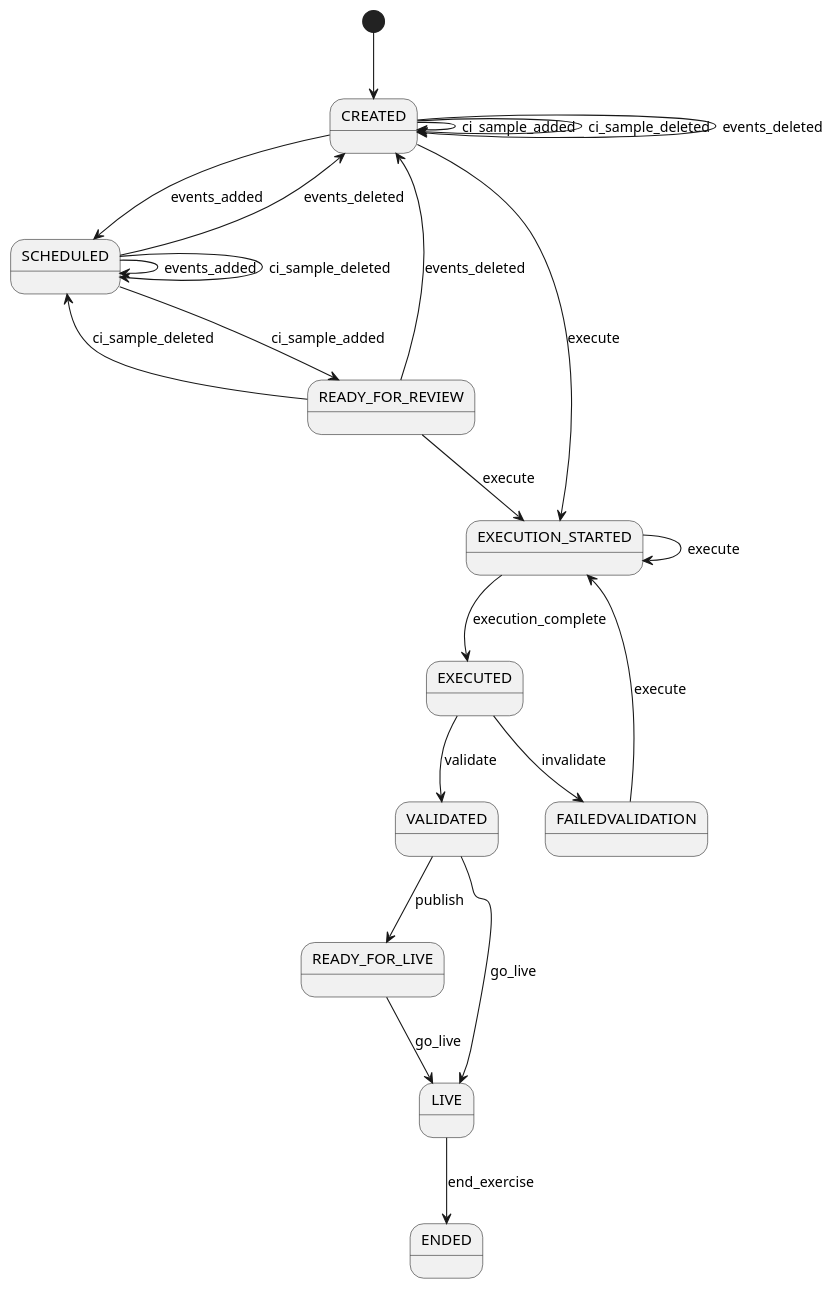
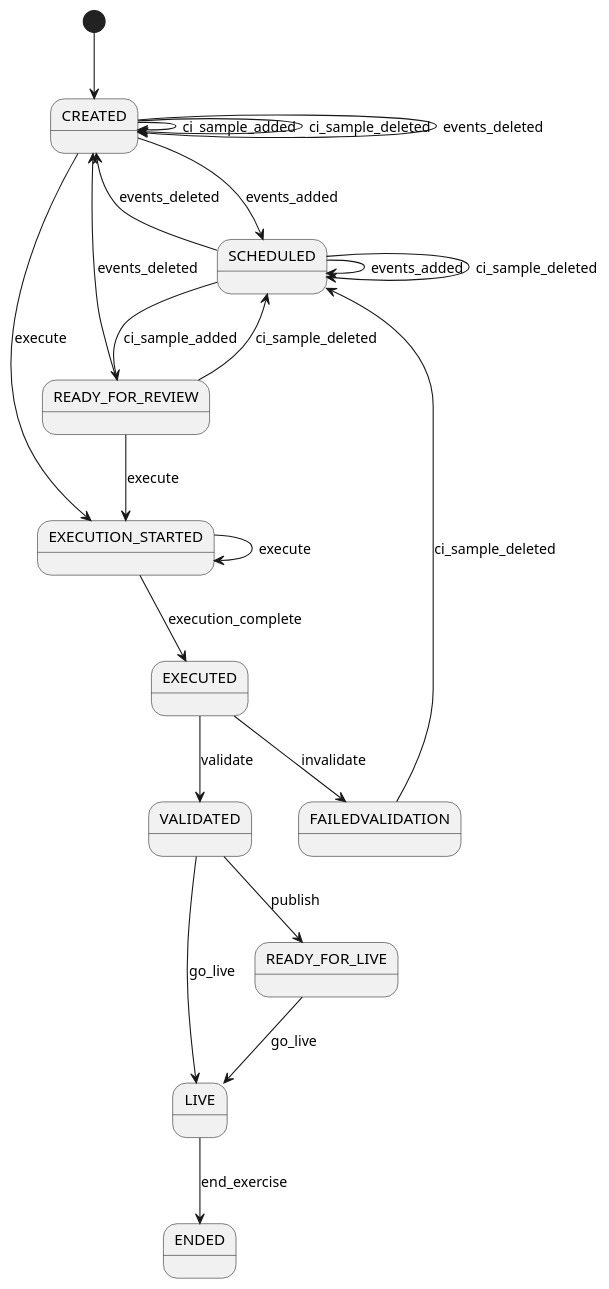
The diagram in diagrams/collection-exercise-new-states.puml (ONSdigital/rm-collection-exercise-service), drawn with PlantUML before and after one commit. The commit also changed 2 other files, not shown here.

```diff
--- a/diagrams/collection-exercise-new-states.puml
+++ b/diagrams/collection-exercise-new-states.puml
@@ -1,26 +1,26 @@
 @startuml
 
 [*] --> CREATED
 CREATED --> CREATED : ci_sample_added
 CREATED --> CREATED : ci_sample_deleted
 CREATED --> CREATED : events_deleted
 CREATED --> SCHEDULED : events_added
 CREATED --> EXECUTION_STARTED : execute
 SCHEDULED --> SCHEDULED : events_added
 SCHEDULED --> SCHEDULED : ci_sample_deleted
 SCHEDULED --> READY_FOR_REVIEW : ci_sample_added
 SCHEDULED --> CREATED : events_deleted
 READY_FOR_REVIEW --> SCHEDULED : ci_sample_deleted
 READY_FOR_REVIEW --> CREATED : events_deleted
 READY_FOR_REVIEW --> EXECUTION_STARTED : execute
 EXECUTION_STARTED --> EXECUTION_STARTED : execute
 EXECUTION_STARTED --> EXECUTED : execution_complete
-FAILEDVALIDATION --> EXECUTION_STARTED : execute
+FAILEDVALIDATION --> SCHEDULED : ci_sample_deleted
 EXECUTED --> VALIDATED : validate
 EXECUTED --> FAILEDVALIDATION : invalidate
 VALIDATED --> READY_FOR_LIVE : publish
 VALIDATED --> LIVE : go_live
 READY_FOR_LIVE --> LIVE : go_live
 LIVE --> ENDED : end_exercise
 
 @enduml
```
